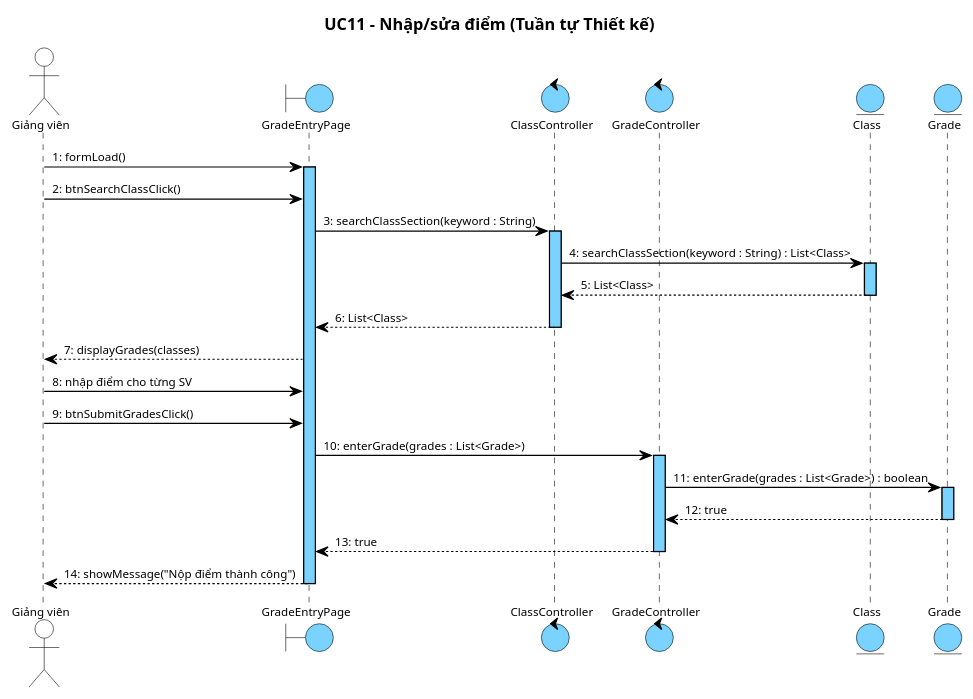
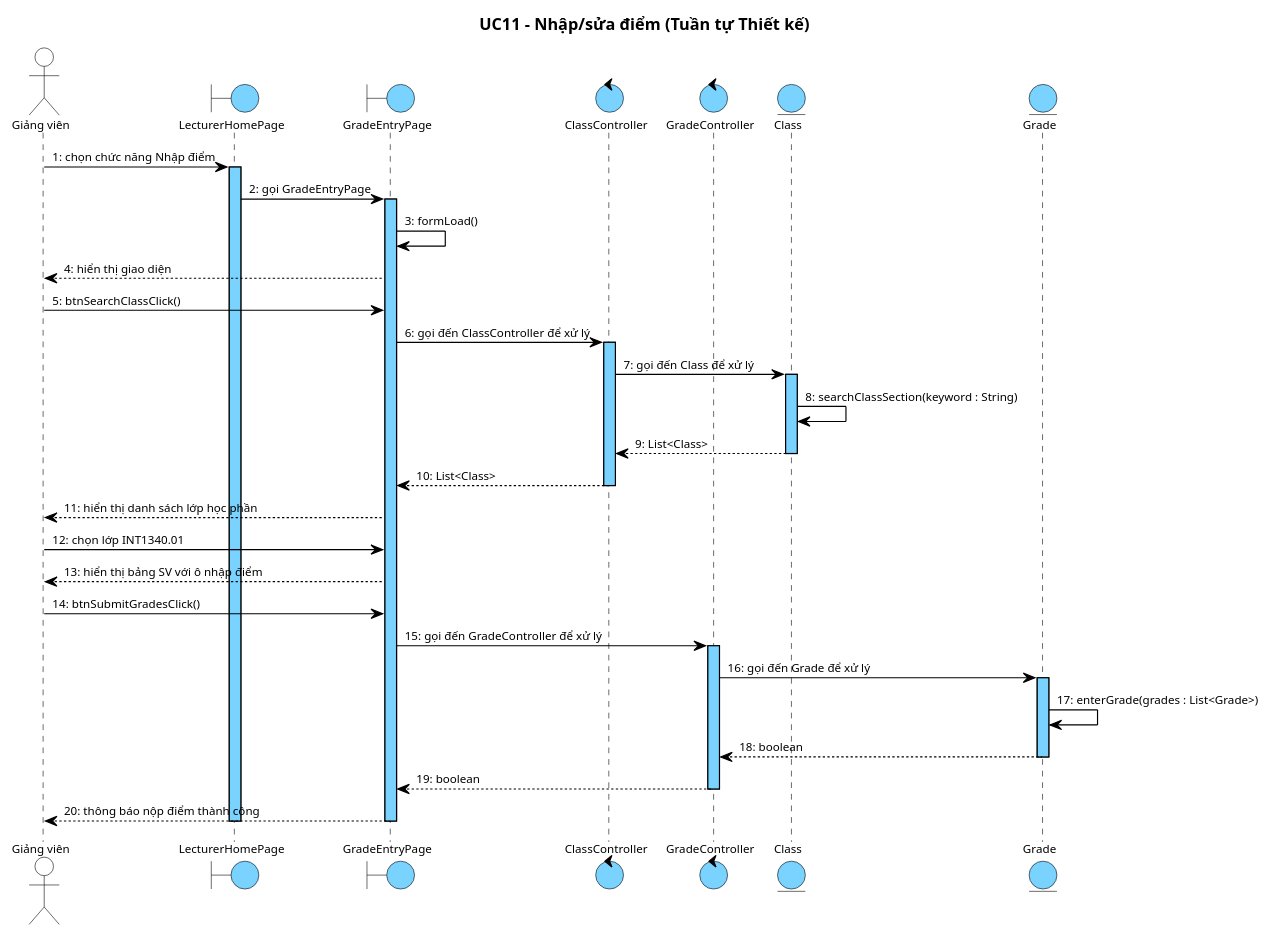
One commit to thanhtrnnn/universe changed diagram 20 of 20 in report/md/module3_attendance_grades.md. Above: the diagram before and after it, drawn with PlantUML. The commit also changed other lines of this file and 1 other file, not shown here.

First line of the commit message:
docs: rewrite II.4 & III.4 sequence diagrams to reference narrative format

````diff
--- a/report/md/module3_attendance_grades.md
+++ b/report/md/module3_attendance_grades.md
@@ -1498,56 +1618,65 @@
 ```plantuml
 @startuml
 skinparam shadowing false
 skinparam SequenceMessageAlign left
 skinparam SequenceLifeLineBackgroundColor #7AD2FF
 skinparam SequenceLifeLineBorderColor #000000
 <style>
 sequenceDiagram {
   Shadowing 0
   RoundCorner 0
   FontName "Arial"
   FontSize 10
   FontColor #000000
   boundary { BackgroundColor #7AD2FF; LineColor #000000 }
   control { BackgroundColor #7AD2FF; LineColor #000000 }
   entity { BackgroundColor #7AD2FF; LineColor #000000 }
   actor { BackgroundColor transparent; LineColor #000000 }
   lifeline { LineColor #000000; LineStyle 5-5 }
   arrow { LineColor #000000; LineThickness 1; FontSize 10 }
 }
 </style>
 title UC11 – Nhập/sửa điểm (Tuần tự Thiết kế)
 
 actor "Giảng viên" as GV
+boundary LecturerHomePage
 boundary GradeEntryPage
 control ClassController
 control GradeController
 entity Class
 entity Grade
 
-GV -> GradeEntryPage : 1: formLoad()
+GV -> LecturerHomePage : 1: chọn chức năng Nhập điểm
+activate LecturerHomePage
+LecturerHomePage -> GradeEntryPage : 2: gọi GradeEntryPage
 activate GradeEntryPage
-GV -> GradeEntryPage : 2: btnSearchClassClick()
-GradeEntryPage -> ClassController : 3: searchClassSection(keyword : String)
+GradeEntryPage -> GradeEntryPage : 3: formLoad()
+GradeEntryPage --> GV : 4: hiển thị giao diện
+GV -> GradeEntryPage : 5: btnSearchClassClick()
+GradeEntryPage -> ClassController : 6: gọi đến ClassController để xử lý
 activate ClassController
-ClassController -> Class : 4: searchClassSection(keyword : String) : List<Class>
+ClassController -> Class : 7: gọi đến Class để xử lý
 activate Class
-Class --> ClassController : 5: List<Class>
+Class -> Class : 8: searchClassSection(keyword : String)
+Class --> ClassController : 9: List<Class>
 deactivate Class
-ClassController --> GradeEntryPage : 6: List<Class>
+ClassController --> GradeEntryPage : 10: List<Class>
 deactivate ClassController
-GradeEntryPage --> GV : 7: displayGrades(classes)
-GV -> GradeEntryPage : 8: nhập điểm cho từng SV
-GV -> GradeEntryPage : 9: btnSubmitGradesClick()
-GradeEntryPage -> GradeController : 10: enterGrade(grades : List<Grade>)
+GradeEntryPage --> GV : 11: hiển thị danh sách lớp học phần
+GV -> GradeEntryPage : 12: chọn lớp INT1340.01
+GradeEntryPage --> GV : 13: hiển thị bảng SV với ô nhập điểm
+GV -> GradeEntryPage : 14: btnSubmitGradesClick()
+GradeEntryPage -> GradeController : 15: gọi đến GradeController để xử lý
 activate GradeController
-GradeController -> Grade : 11: enterGrade(grades : List<Grade>) : boolean
+GradeController -> Grade : 16: gọi đến Grade để xử lý
 activate Grade
-Grade --> GradeController : 12: true
+Grade -> Grade : 17: enterGrade(grades : List<Grade>)
+Grade --> GradeController : 18: boolean
 deactivate Grade
-GradeController --> GradeEntryPage : 13: true
+GradeController --> GradeEntryPage : 19: boolean
 deactivate GradeController
-GradeEntryPage --> GV : 14: showMessage("Nộp điểm thành công")
+GradeEntryPage --> GV : 20: thông báo nộp điểm thành công
 deactivate GradeEntryPage
+deactivate LecturerHomePage
 @enduml
 ```
````
